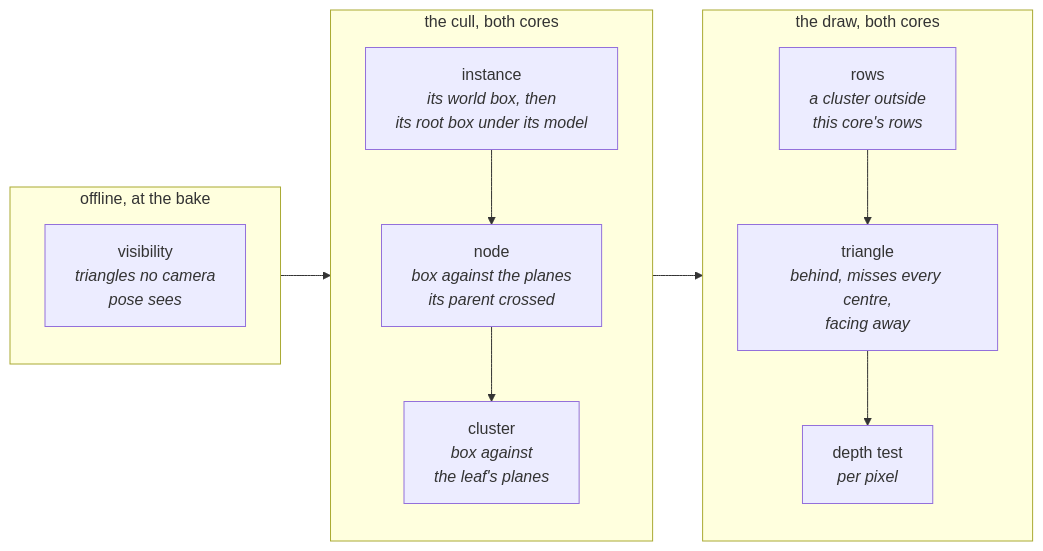
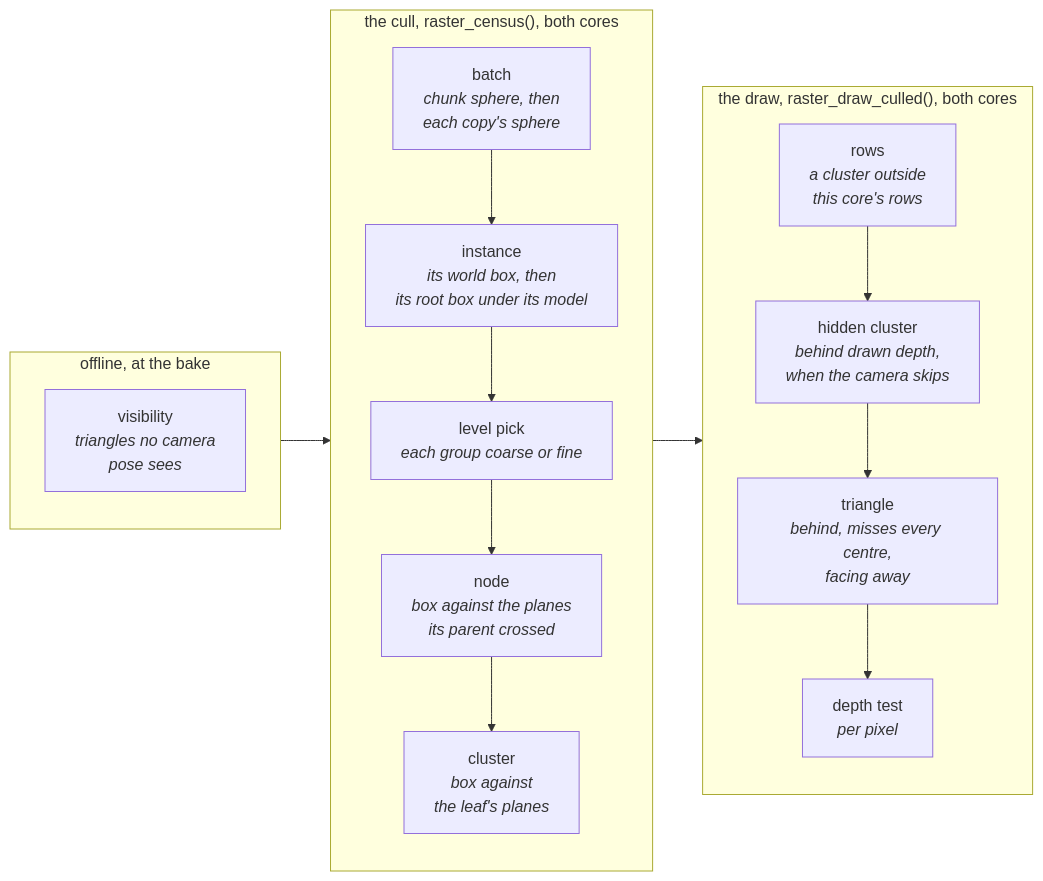
The first of 2 diagrams in docs/render/frame/Culling.md (jose-villegas/autana), drawn with Mermaid before and after one commit. The commit also changed other lines of this file and 7 other files, not shown here.

First line of the commit message:
render: one cull entry, raster_draw = raster_census + raster_draw_culled; Culling.md covers every stage (fxpb, dnstt)

````diff
--- a/docs/render/frame/Culling.md
+++ b/docs/render/frame/Culling.md
@@ -14,17 +14,20 @@
 ```mermaid
 flowchart LR
     subgraph Offline["offline, at the bake"]
         Vis["visibility<br/><i>triangles no camera<br/>pose sees</i>"]
     end
-    subgraph Census["the cull, both cores"]
+    subgraph Census["the cull, raster_census(), both cores"]
         direction TB
-        Inst["instance<br/><i>its world box, then<br/>its root box under its model</i>"] --> Node["node<br/><i>box against the planes<br/>its parent crossed</i>"]
+        Batch["batch<br/><i>chunk sphere, then<br/>each copy's sphere</i>"] --> Inst["instance<br/><i>its world box, then<br/>its root box under its model</i>"]
+        Inst --> Pick["level pick<br/><i>each group coarse or fine</i>"]
+        Pick --> Node["node<br/><i>box against the planes<br/>its parent crossed</i>"]
         Node --> Cluster["cluster<br/><i>box against<br/>the leaf's planes</i>"]
     end
-    subgraph Draw["the draw, both cores"]
+    subgraph Draw["the draw, raster_draw_culled(), both cores"]
         direction TB
-        Rows["rows<br/><i>a cluster outside<br/>this core's rows</i>"] --> Tri["triangle<br/><i>behind, misses every centre,<br/>facing away</i>"]
+        Rows["rows<br/><i>a cluster outside<br/>this core's rows</i>"] --> Hidden["hidden cluster<br/><i>behind drawn depth,<br/>when the camera skips</i>"]
+        Hidden --> Tri["triangle<br/><i>behind, misses every centre,<br/>facing away</i>"]
         Tri --> Depth["depth test<br/><i>per pixel</i>"]
     end
     Offline --> Census --> Draw
 ```
````
